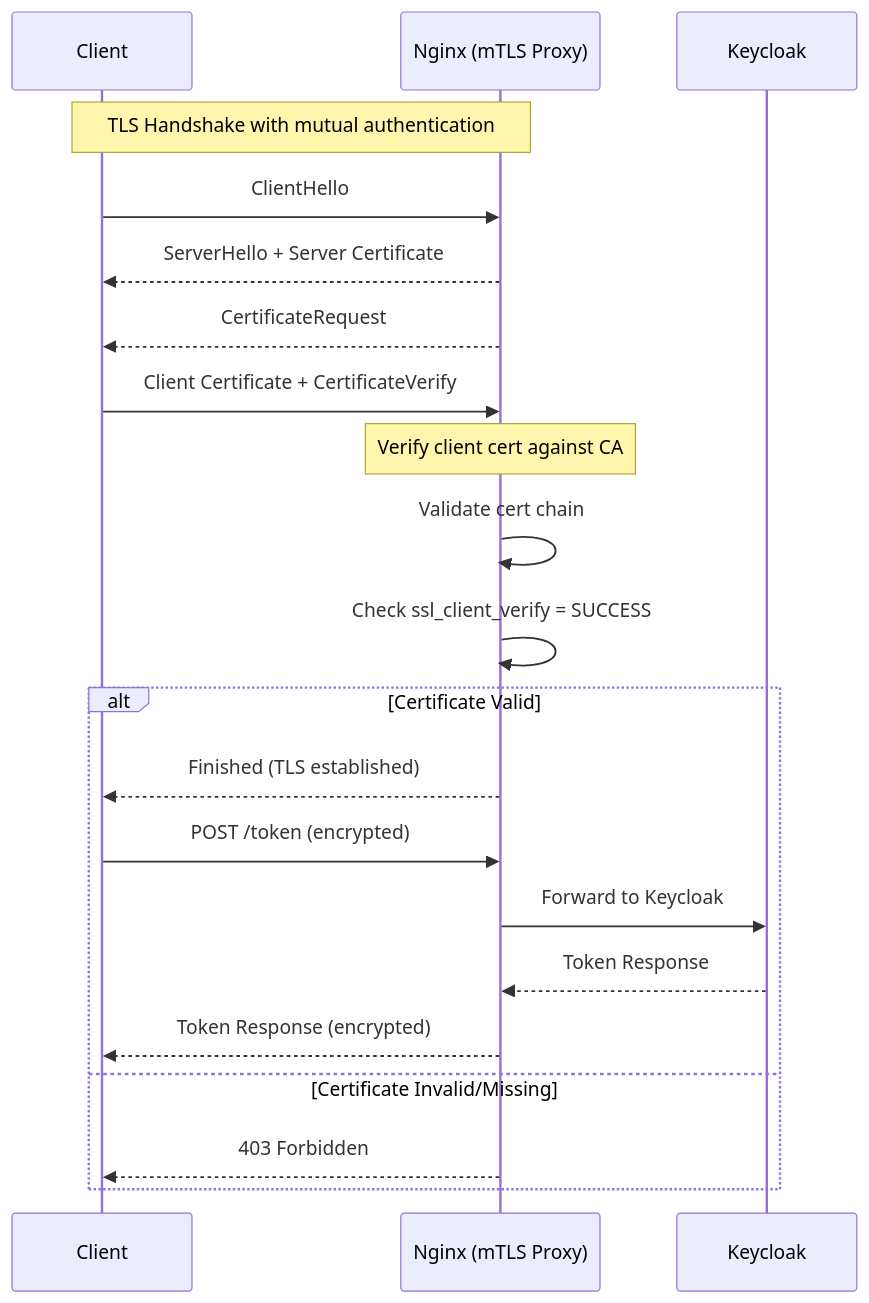
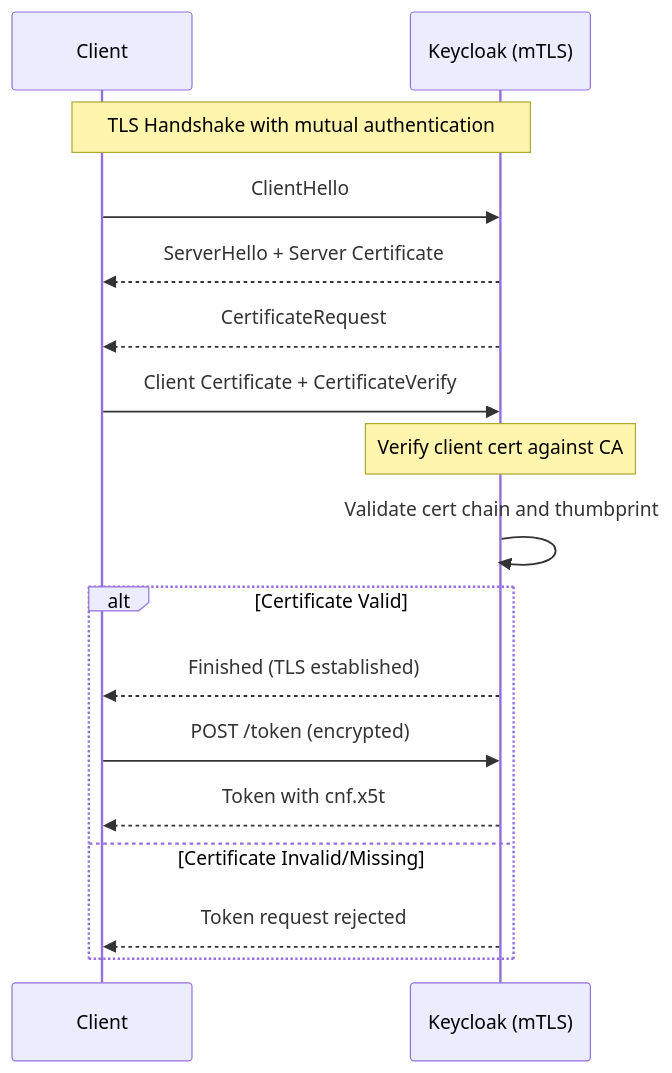
The third of 5 diagrams in explorations/keycloak-dpop-mtls-lab/docs/dpop_mtls_diagrams.md (gdplabs/gl-iam-cookbook), drawn with Mermaid before and after one commit. The commit also changed other lines of this file and 8 other files, not shown here.

Commit message:
fix(keycloak): enforce DPoP and mTLS token binding

````diff
--- a/explorations/keycloak-dpop-mtls-lab/docs/dpop_mtls_diagrams.md
+++ b/explorations/keycloak-dpop-mtls-lab/docs/dpop_mtls_diagrams.md
@@ -76,27 +76,23 @@
 ```mermaid
 sequenceDiagram
     participant Client
-    participant Nginx as Nginx (mTLS Proxy)
-    participant KC as Keycloak
+    participant KC as Keycloak (mTLS)
 
-    Note over Client,Nginx: TLS Handshake with mutual authentication
+    Note over Client,KC: TLS Handshake with mutual authentication
 
-    Client->>Nginx: ClientHello
-    Nginx-->>Client: ServerHello + Server Certificate
-    Nginx-->>Client: CertificateRequest
-    Client->>Nginx: Client Certificate + CertificateVerify
+    Client->>KC: ClientHello
+    KC-->>Client: ServerHello + Server Certificate
+    KC-->>Client: CertificateRequest
+    Client->>KC: Client Certificate + CertificateVerify
 
-    Note over Nginx: Verify client cert against CA
-    Nginx->>Nginx: Validate cert chain
-    Nginx->>Nginx: Check ssl_client_verify = SUCCESS
+    Note over KC: Verify client cert against CA
+    KC->>KC: Validate cert chain and thumbprint
 
     alt Certificate Valid
-        Nginx-->>Client: Finished (TLS established)
-        Client->>Nginx: POST /token (encrypted)
-        Nginx->>KC: Forward to Keycloak
-        KC-->>Nginx: Token Response
-        Nginx-->>Client: Token Response (encrypted)
+        KC-->>Client: Finished (TLS established)
+        Client->>KC: POST /token (encrypted)
+        KC-->>Client: Token with cnf.x5t#S256
     else Certificate Invalid/Missing
-        Nginx-->>Client: 403 Forbidden
+        KC-->>Client: Token request rejected
     end
 ```
````
